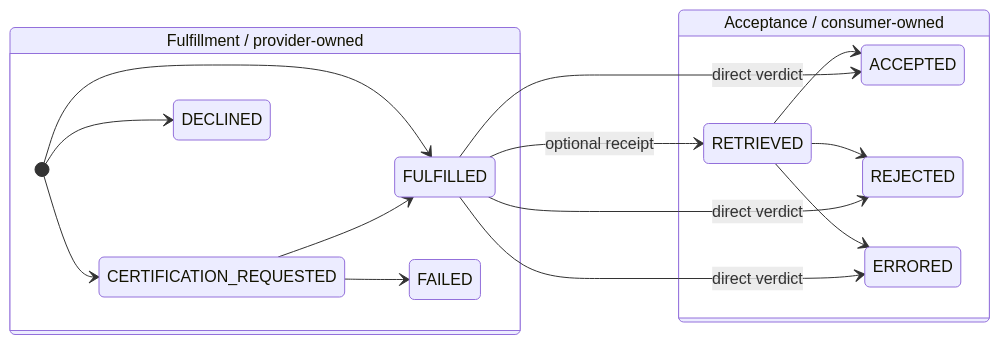
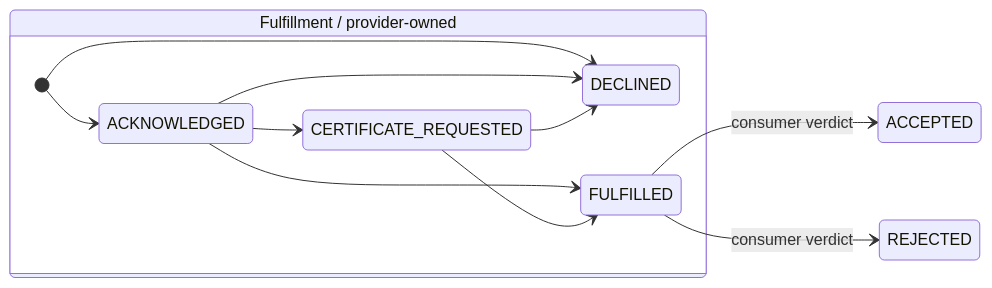
The first of 5 diagrams in docs/FLOWS.md (Metaform/certo), drawn with Mermaid before and after one commit. The commit also changed other lines of this file and 163 other files, not shown here.

````diff
--- a/docs/FLOWS.md
+++ b/docs/FLOWS.md
@@ -25,20 +27,15 @@
 ```mermaid
 stateDiagram-v2
     direction LR
     state "Fulfillment / provider-owned" as F {
-        [*] --> CERTIFICATION_REQUESTED
-        [*] --> FULFILLED
+        [*] --> ACKNOWLEDGED
         [*] --> DECLINED
-        CERTIFICATION_REQUESTED --> FULFILLED
-        CERTIFICATION_REQUESTED --> FAILED
+        ACKNOWLEDGED --> CERTIFICATE_REQUESTED
+        ACKNOWLEDGED --> FULFILLED
+        ACKNOWLEDGED --> DECLINED
+        CERTIFICATE_REQUESTED --> FULFILLED
+        CERTIFICATE_REQUESTED --> DECLINED
     }
-    state "Acceptance / consumer-owned" as A {
-        RETRIEVED --> ACCEPTED
-        RETRIEVED --> REJECTED
-        RETRIEVED --> ERRORED
-    }
-    FULFILLED --> RETRIEVED: optional receipt
-    FULFILLED --> ACCEPTED: direct verdict
-    FULFILLED --> REJECTED: direct verdict
-    FULFILLED --> ERRORED: direct verdict
+    FULFILLED --> ACCEPTED: consumer verdict
+    FULFILLED --> REJECTED: consumer verdict
 ```
````
